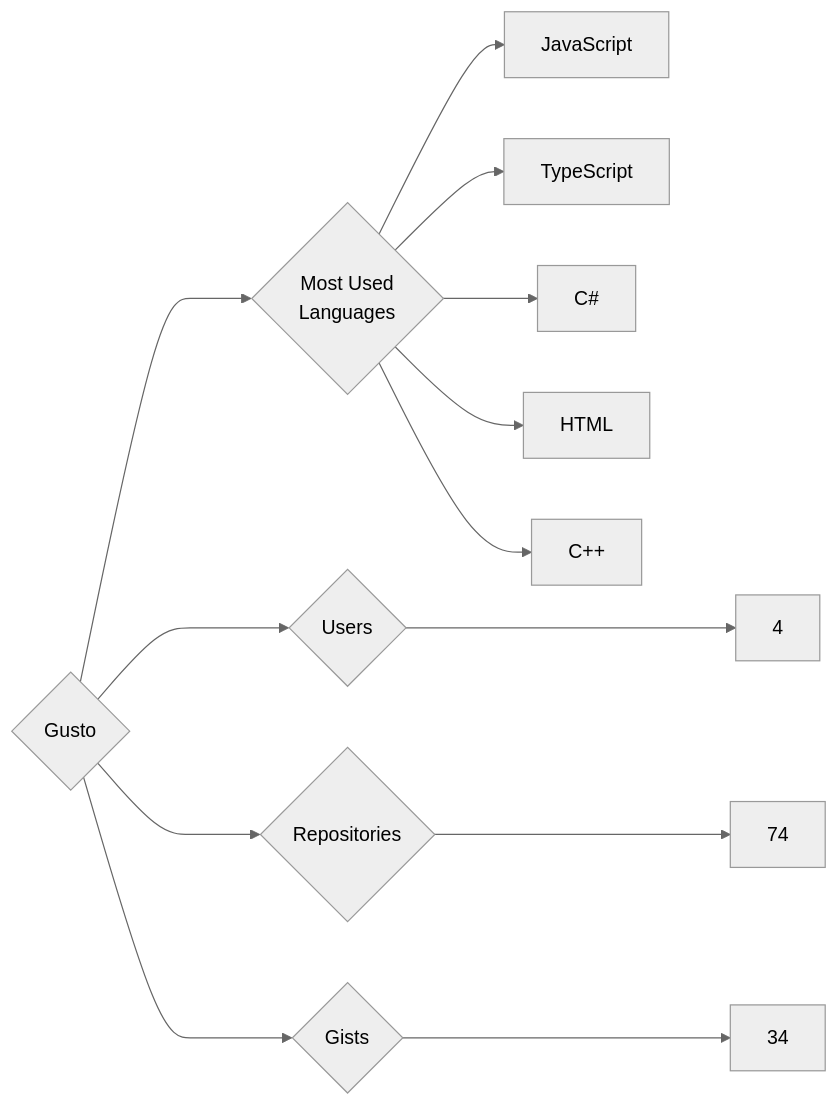
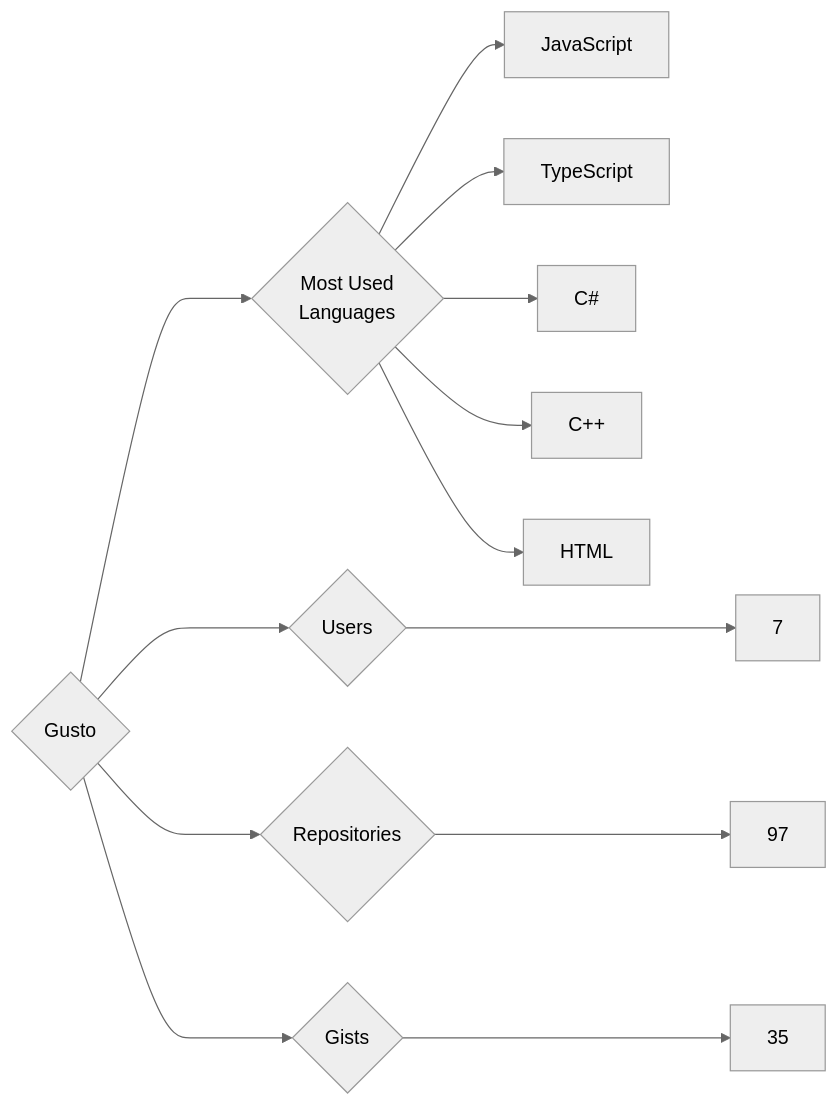
Before and after one commit to trickest/insiders: the diagram in targets/Gusto/README.md, drawn with Mermaid (neutral theme). The commit also changed 823 other files, not shown here.

````diff
--- a/targets/Gusto/README.md
+++ b/targets/Gusto/README.md
@@ -3,13 +3,13 @@
 ```mermaid
 graph LR
 COMPANY_NAME{Gusto}
-COMPANY_NAME ---> U{Users} ---> UN[4]
-COMPANY_NAME ---> R{Repositories} ---> RN[74]
-COMPANY_NAME ---> G{Gists} ---> GN[34]
+COMPANY_NAME ---> U{Users} ---> UN[7]
+COMPANY_NAME ---> R{Repositories} ---> RN[97]
+COMPANY_NAME ---> G{Gists} ---> GN[35]
 COMPANY_NAME ---> ML{Most Used<br>Languages}
 ML --> JavaScript[JavaScript]
 ML --> TypeScript[TypeScript]
 ML --> C#[C#]
+ML --> C++[C++]
 ML --> HTML[HTML]
-ML --> C++[C++]
 ```
````
